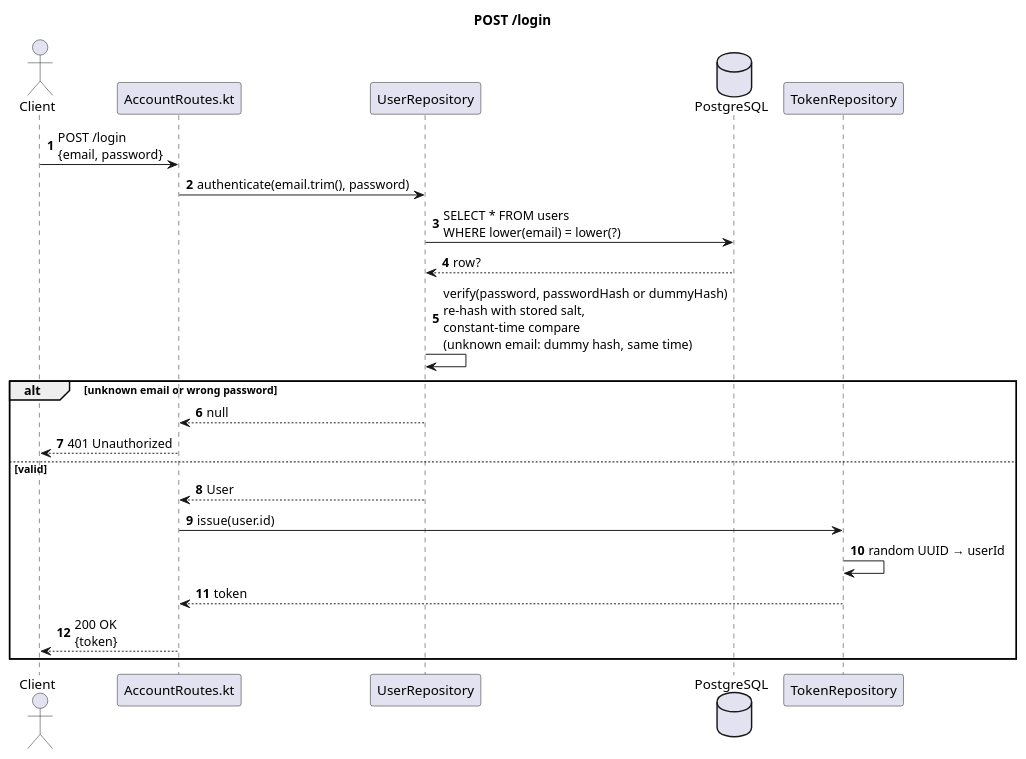
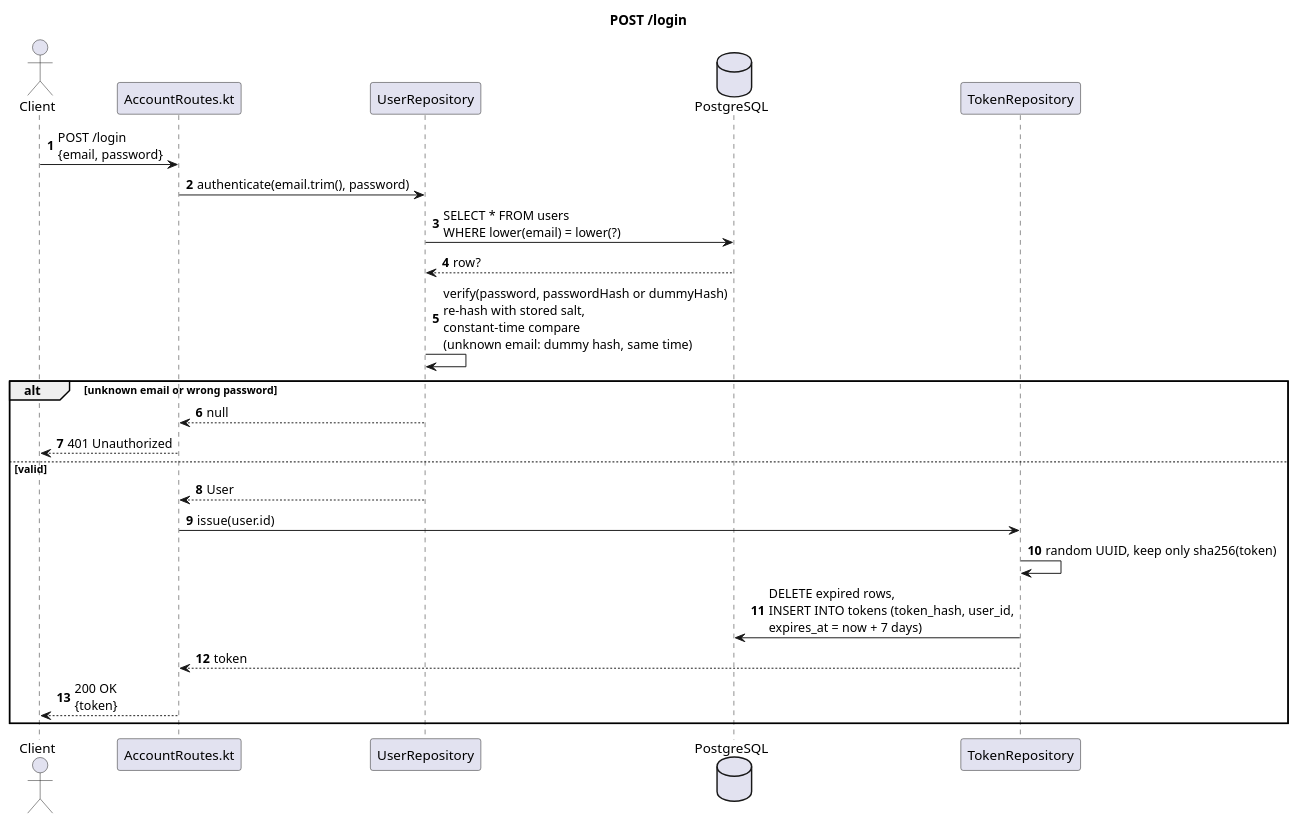
The diagram in docs/diagrams/sequence-login.puml (Rent-a-car-38291/rent-a-car), drawn with PlantUML before and after one commit. The commit also changed 29 other files, not shown here.

```diff
--- a/docs/diagrams/sequence-login.puml
+++ b/docs/diagrams/sequence-login.puml
@@ -1,28 +1,29 @@
 @startuml
 title POST /login
 autonumber
 
 actor Client
 participant "AccountRoutes.kt" as Route
 participant UserRepository
 database PostgreSQL
 participant TokenRepository
 
 Client -> Route : POST /login\n{email, password}
 Route -> UserRepository : authenticate(email.trim(), password)
 UserRepository -> PostgreSQL : SELECT * FROM users\nWHERE lower(email) = lower(?)
 PostgreSQL --> UserRepository : row?
 UserRepository -> UserRepository : verify(password, passwordHash or dummyHash)\nre-hash with stored salt,\nconstant-time compare\n(unknown email: dummy hash, same time)
 
 alt unknown email or wrong password
   UserRepository --> Route : null
   Route --> Client : 401 Unauthorized
 else valid
   UserRepository --> Route : User
   Route -> TokenRepository : issue(user.id)
-  TokenRepository -> TokenRepository : random UUID → userId
+  TokenRepository -> TokenRepository : random UUID, keep only sha256(token)
+  TokenRepository -> PostgreSQL : DELETE expired rows,\nINSERT INTO tokens (token_hash, user_id,\nexpires_at = now + 7 days)
   TokenRepository --> Route : token
   Route --> Client : 200 OK\n{token}
 end
 
 @enduml
```
